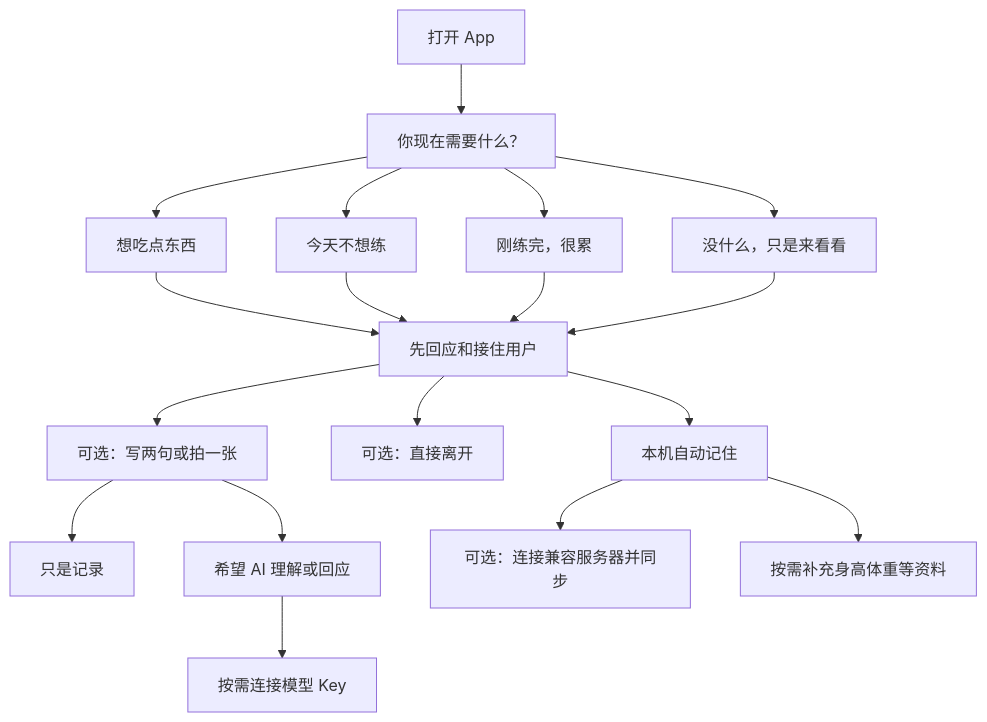
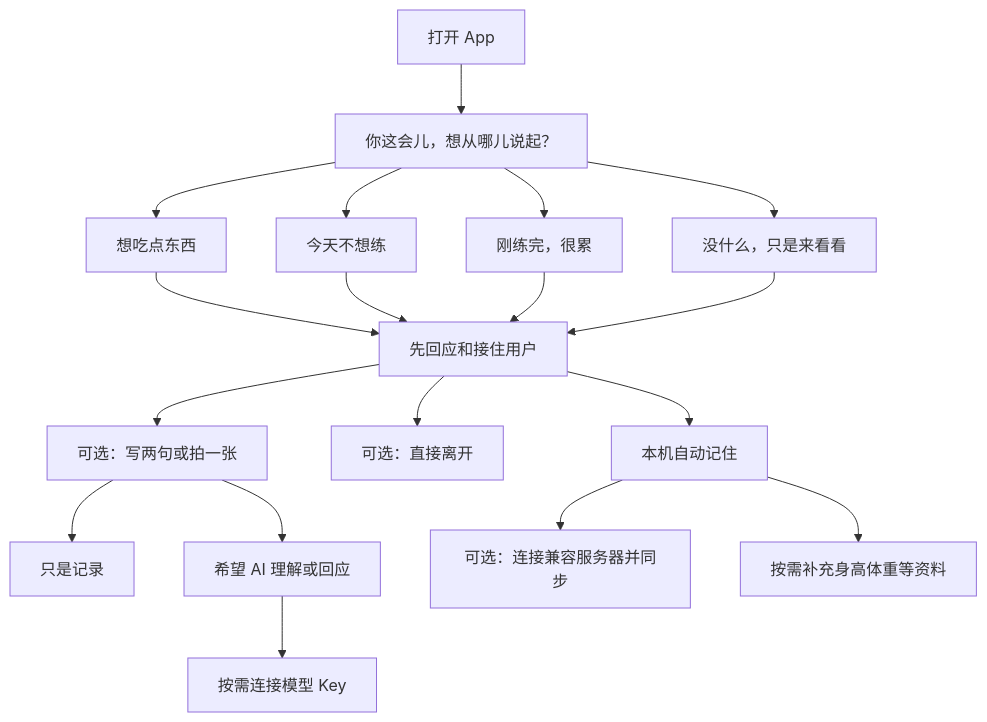
One commit to oukeming64-tech/different-diary changed the diagram in docs/01-功能线路图.md. Above: the diagram before and after it, drawn with Mermaid. The commit also changed other lines of this file and 6 other files, not shown here.

````diff
--- a/docs/01-功能线路图.md
+++ b/docs/01-功能线路图.md
@@ -38,23 +38,23 @@
 ```mermaid
 flowchart TD
-    A["打开 App"] --> B["你现在需要什么？"]
+    A["打开 App"] --> B["你这会儿，想从哪儿说起？"]
     B --> C["想吃点东西"]
     B --> D["今天不想练"]
     B --> E["刚练完，很累"]
     B --> F["没什么，只是来看看"]
 
     C --> G["先回应和接住用户"]
     D --> G
     E --> G
     F --> G
 
     G --> H["可选：写两句或拍一张"]
     G --> I["可选：直接离开"]
     H --> J["只是记录"]
     H --> K["希望 AI 理解或回应"]
     K --> L["按需连接模型 Key"]
 
     G --> M["本机自动记住"]
     M --> N["可选：连接兼容服务器并同步"]
     M --> O["按需补充身高体重等资料"]
 ```
````
